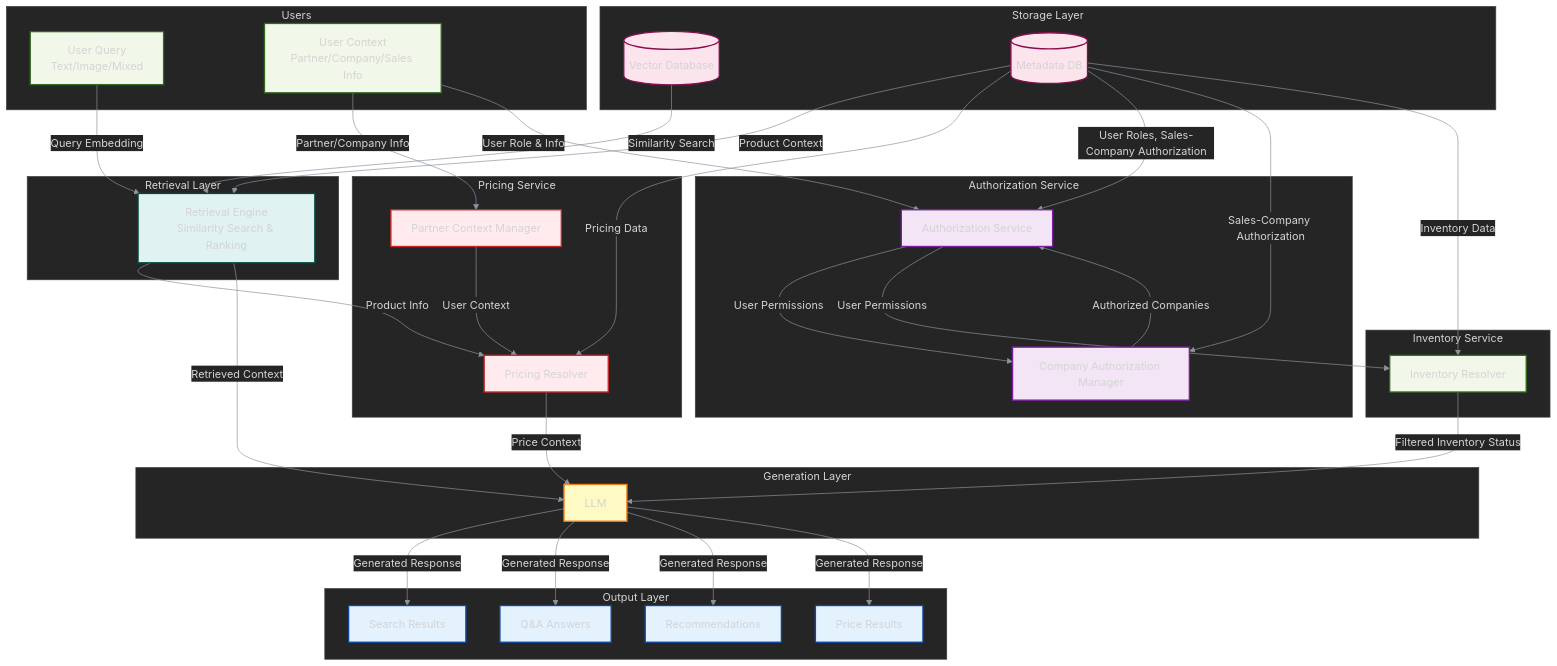
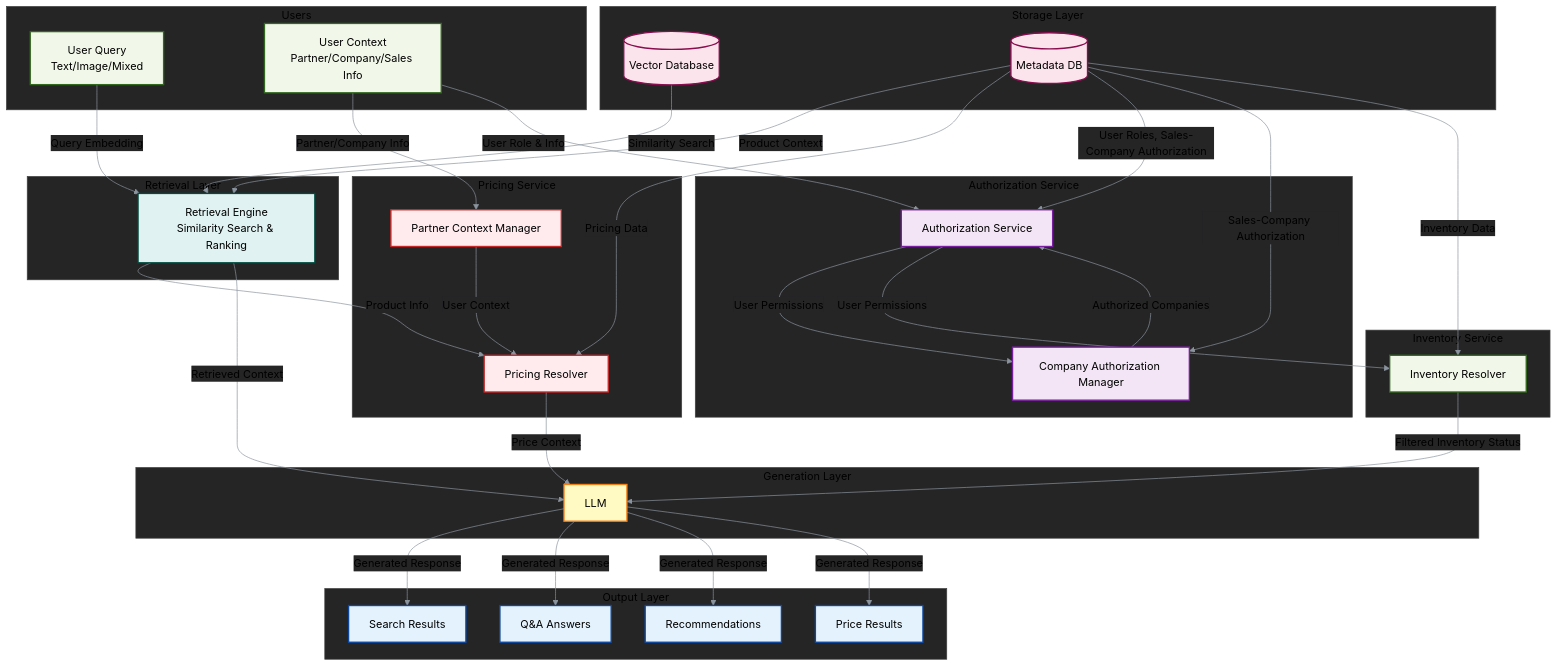
Before and after one commit to hoangphucthanhchu/multimodal-rag-tile-industry-architecture: the diagram in diagrams/retrieval-search-flow.mmd, drawn with Mermaid. The commit also changed 10 other files, not shown here.

```diff
--- a/diagrams/retrieval-search-flow.mmd
+++ b/diagrams/retrieval-search-flow.mmd
@@ -1,92 +1,92 @@
-%%{init: {'theme': 'base', 'themeVariables': {'background': '#1e1e1e', 'lineColor': '#8b949e', 'primaryColor': '#252526', 'primaryTextColor': '#d4d4d4', 'primaryBorderColor': '#404040', 'secondaryColor': '#252526', 'secondaryTextColor': '#d4d4d4', 'secondaryBorderColor': '#404040', 'tertiaryColor': '#252526', 'tertiaryTextColor': '#d4d4d4', 'tertiaryBorderColor': '#404040'}}}%%
+%%{init: {'theme': 'base', 'themeVariables': {'background': '#1e1e1e', 'lineColor': '#8b949e', 'primaryColor': '#252526', 'primaryTextColor': '#000000', 'primaryBorderColor': '#404040', 'secondaryColor': '#252526', 'secondaryTextColor': '#000000', 'secondaryBorderColor': '#404040', 'tertiaryColor': '#252526', 'tertiaryTextColor': '#000000', 'tertiaryBorderColor': '#404040'}}}%%
 flowchart TB
     subgraph users [Users]
         UserQuery[User Query<br/>Text/Image/Mixed]
         UserContext[User Context<br/>Partner/Company/Sales Info]
     end
 
     subgraph retrieval [Retrieval Layer]
         RetrievalEngine[Retrieval Engine<br/>Similarity Search & Ranking]
     end
 
     subgraph pricing [Pricing Service]
         PartnerContext[Partner Context Manager]
         PricingResolver[Pricing Resolver]
     end
 
     subgraph authorization [Authorization Service]
         AuthorizationService[Authorization Service]
         CompanyAuthManager[Company Authorization Manager]
     end
 
     subgraph inventory [Inventory Service]
         InventoryResolver[Inventory Resolver]
     end
 
     subgraph storage [Storage Layer]
         VectorDB[(Vector Database)]
         MetadataDB[(Metadata DB)]
     end
 
     subgraph generation [Generation Layer]
         LLM[LLM]
     end
 
     subgraph output [Output Layer]
         SearchResults[Search Results]
         QAResults[Q&A Answers]
         Recommendations[Recommendations]
         PriceResults[Price Results]
     end
 
     %% Query Flow
     UserQuery -->|Query Embedding| RetrievalEngine
     VectorDB -->|Similarity Search| RetrievalEngine
     MetadataDB -->|Product Context| RetrievalEngine
 
     %% Pricing Flow
     UserContext -->|Partner/Company Info| PartnerContext
     PartnerContext -->|User Context| PricingResolver
     MetadataDB -->|Pricing Data| PricingResolver
     RetrievalEngine -->|Product Info| PricingResolver
 
     %% Authorization Flow
     UserContext -->|User Role & Info| AuthorizationService
     MetadataDB -->|User Roles, Sales-Company Authorization| AuthorizationService
     AuthorizationService -->|User Permissions| CompanyAuthManager
     MetadataDB -->|Sales-Company Authorization| CompanyAuthManager
     CompanyAuthManager -->|Authorized Companies| AuthorizationService
 
     %% Inventory Flow
     MetadataDB -->|Inventory Data| InventoryResolver
     AuthorizationService -->|User Permissions| InventoryResolver
 
     %% Generation Flow
     RetrievalEngine -->|Retrieved Context| LLM
     PricingResolver -->|Price Context| LLM
     InventoryResolver -->|Filtered Inventory Status| LLM
 
     %% Output Flow
     LLM -->|Generated Response| SearchResults
     LLM -->|Generated Response| QAResults
     LLM -->|Generated Response| Recommendations
     LLM -->|Generated Response| PriceResults
 
     %% Styling
     classDef users fill:#f1f8e9,stroke:#33691e,stroke-width:2px
     classDef retrieval fill:#e0f2f1,stroke:#004d40,stroke-width:2px
     classDef pricing fill:#ffebee,stroke:#c62828,stroke-width:2px
     classDef authorization fill:#f3e5f5,stroke:#7b1fa2,stroke-width:2px
     classDef inventory fill:#f1f8e9,stroke:#33691e,stroke-width:2px
     classDef storage fill:#fce4ec,stroke:#880e4f,stroke-width:2px
     classDef generation fill:#fff9c4,stroke:#f57f17,stroke-width:2px
     classDef output fill:#e3f2fd,stroke:#0d47a1,stroke-width:2px
 
     class UserQuery,UserContext users
     class RetrievalEngine retrieval
     class PartnerContext,PricingResolver pricing
     class AuthorizationService,CompanyAuthManager authorization
     class InventoryResolver inventory
     class VectorDB,MetadataDB storage
     class LLM generation
     class SearchResults,QAResults,Recommendations,PriceResults output
```
